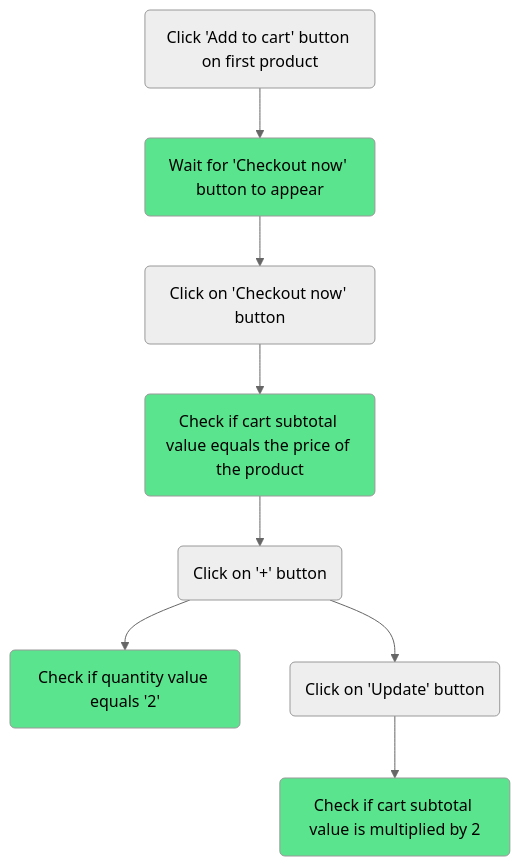
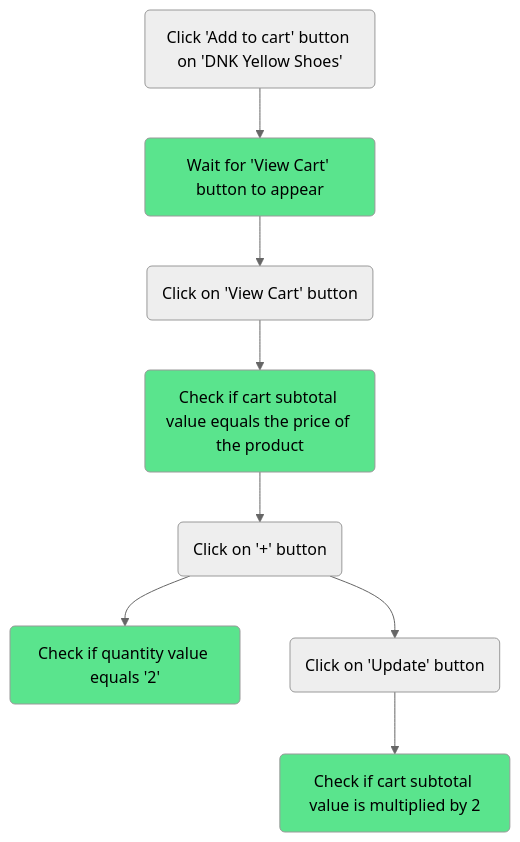
The second of 3 diagrams in packages/documentation/docs/scenarios/my-cart.md (viksarda/qa-task), drawn with Mermaid (neutral theme) before and after one commit. The commit also changed other lines of this file and 12 other files, not shown here.

````diff
--- a/packages/documentation/docs/scenarios/my-cart.md
+++ b/packages/documentation/docs/scenarios/my-cart.md
@@ -57,15 +57,15 @@
 ```mermaid
 graph TD;
-    id1(Click 'Add to cart' button on first product )-->id2(Wait for 'Checkout now' button to appear)
-    id2-->id3(Click on 'Checkout now' button)
+    id1(Click 'Add to cart' button on 'DNK Yellow Shoes')-->id2(Wait for 'View Cart' button to appear)
+    id2-->id3(Click on 'View Cart' button)
     id3-->id4(Check if cart subtotal value equals the price of the product)
     id4-->id5(Click on '+' button)
     id5-->id6(Check if quantity value equals '2')
     id5-->id7(Click on 'Update' button)
     id7-->id8(Check if cart subtotal value is multiplied by 2)
 
     style id2 fill:#5AE48D,color:#000000
     style id4 fill:#5AE48D,color:#000000
     style id6 fill:#5AE48D,color:#000000
     style id8 fill:#5AE48D,color:#000000
 ```
````
